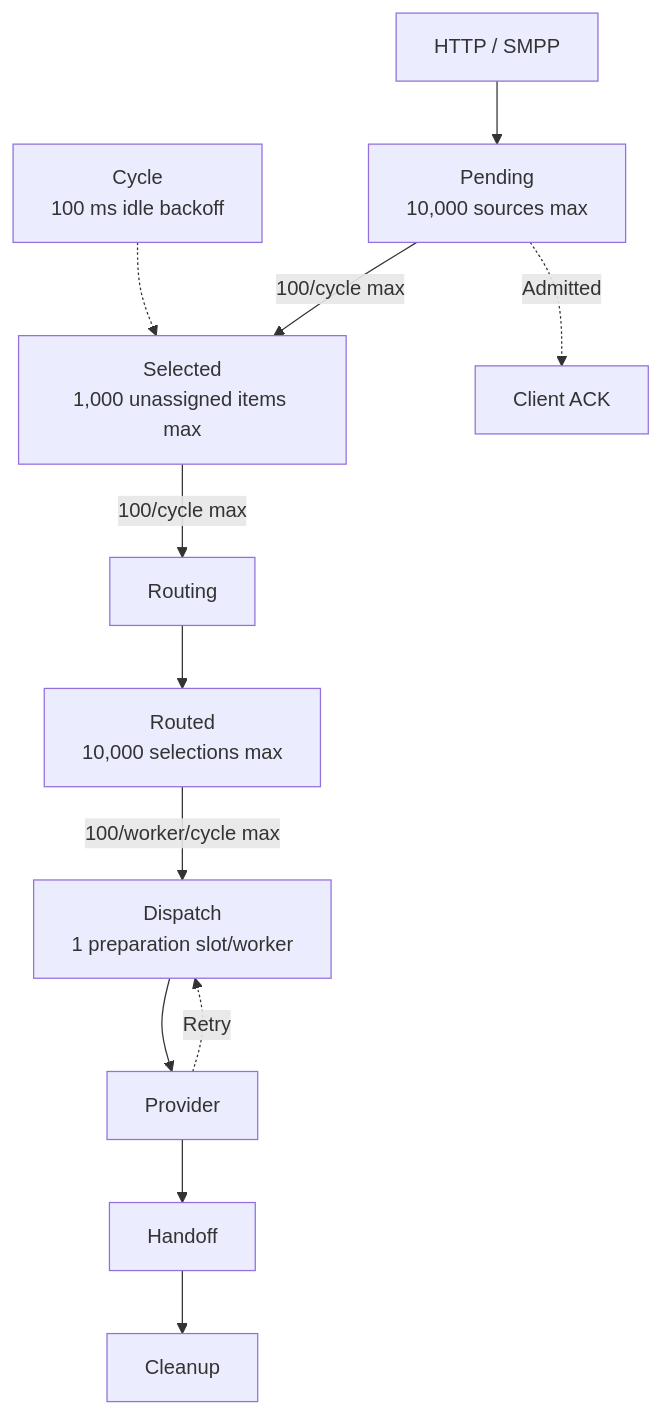
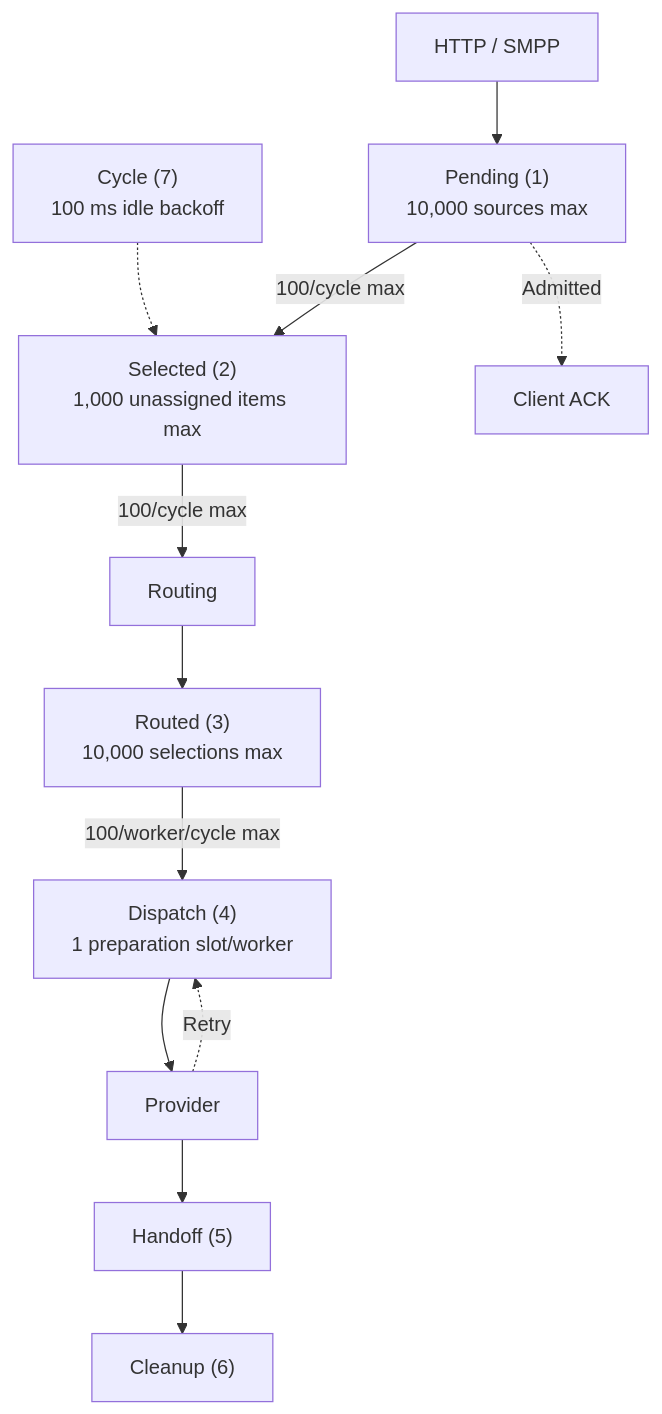
One commit to cytechmobile/sendium changed the first of 5 diagrams in docs/14-outbound-storage.md. Above: the diagram before and after it, drawn with Mermaid. The commit also changed other lines of this file, not shown here.

````diff
--- a/docs/14-outbound-storage.md
+++ b/docs/14-outbound-storage.md
@@ -18,15 +19,15 @@
 ```mermaid
 flowchart TB
     ingress["HTTP / SMPP"]
-    cycle["Cycle<br/>100 ms idle backoff"] -.-> selected
-    ingress --> pending["Pending<br/>10,000 sources max"]
+    cycle["Cycle (7)<br/>100 ms idle backoff"] -.-> selected
+    ingress --> pending["Pending (1)<br/>10,000 sources max"]
     pending -. "Admitted" .-> ack["Client ACK"]
-    pending -->|"100/cycle max"| selected["Selected<br/>1,000 unassigned items max"]
+    pending -->|"100/cycle max"| selected["Selected (2)<br/>1,000 unassigned items max"]
     selected -->|"100/cycle max"| routing["Routing"]
-    routing --> routed["Routed<br/>10,000 selections max"]
-    routed -->|"100/worker/cycle max"| dispatch["Dispatch<br/>1 preparation slot/worker"]
+    routing --> routed["Routed (3)<br/>10,000 selections max"]
+    routed -->|"100/worker/cycle max"| dispatch["Dispatch (4)<br/>1 preparation slot/worker"]
     dispatch --> provider["Provider"]
     provider -. "Retry" .-> dispatch
-    provider --> handoff["Handoff"]
-    handoff --> cleanup["Cleanup"]
+    provider --> handoff["Handoff (5)"]
+    handoff --> cleanup["Cleanup (6)"]
 ```
````
